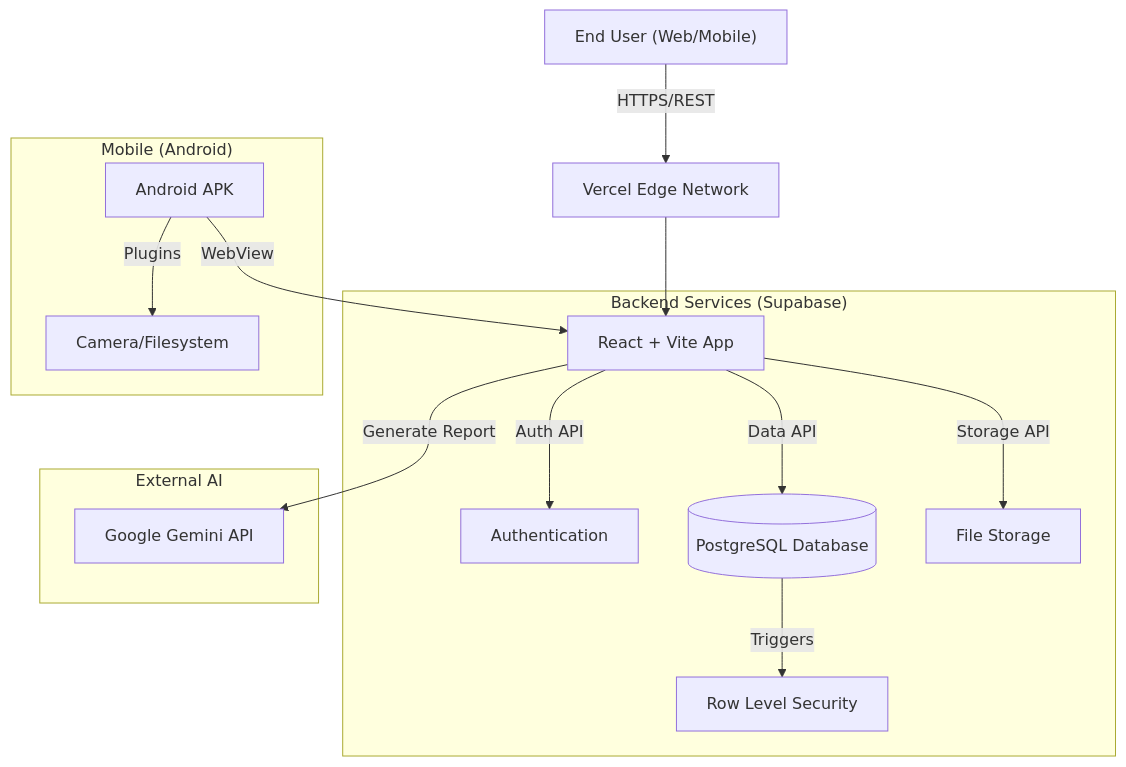
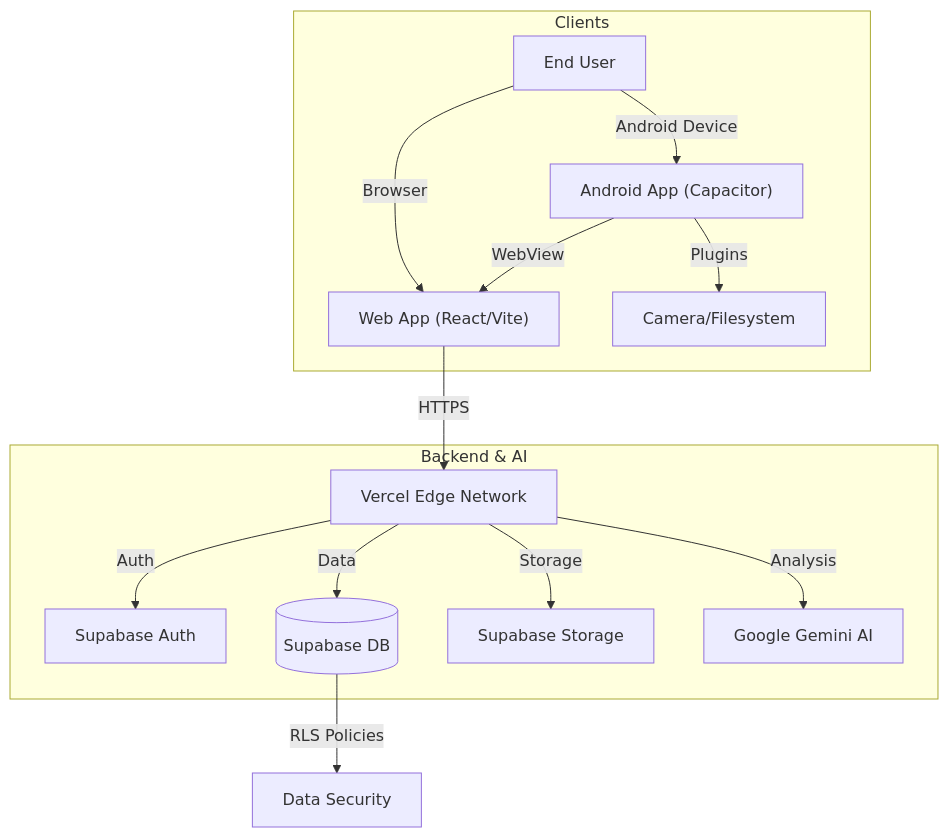
Before and after one commit to Ashwinjauhary/ClubSphere: the diagram in README.md, drawn with Mermaid.

Commit message:
Optimize Mermaid diagram layout

````diff
--- a/README.md
+++ b/README.md
@@ -23,21 +23,20 @@
 ```mermaid
-graph TD
-    User["End User (Web/Mobile)"] -->|HTTPS/REST| CDN["Vercel Edge Network"]
-    CDN --> Client["React + Vite App"]
+flowchart TD
+    subgraph "Clients"
+        User["End User"] -->|Browser| Web["Web App (React/Vite)"]
+        User -->|Android Device| Mobile["Android App (Capacitor)"]
+        Mobile -->|WebView| Web
+        Mobile -->|Plugins| Native["Camera/Filesystem"]
+    end
+
+    Web -->|HTTPS| API["Vercel Edge Network"]
     
-    subgraph "Backend Services (Supabase)"
-        Client -->|Auth API| Auth["Authentication"]
-        Client -->|Data API| DB[("PostgreSQL Database")]
-        Client -->|Storage API| Storage["File Storage"]
-        DB -->|Triggers| RLS["Row Level Security"]
+    subgraph "Backend & AI"
+        API -->|Auth| SupaAuth["Supabase Auth"]
+        API -->|Data| SupaDB[("Supabase DB")]
+        API -->|Storage| SupaStore["Supabase Storage"]
+        API -->|Analysis| Gemini["Google Gemini AI"]
     end
-    
-    subgraph "External AI"
-        Client -->|Generate Report| AI["Google Gemini API"]
-    end
-    
-    subgraph "Mobile (Android)"
-        App["Android APK"] -->|WebView| Client
-        App -->|Plugins| Native["Camera/Filesystem"]
-    end
+
+    SupaDB -->|RLS Policies| Secure["Data Security"]
 ```
````
